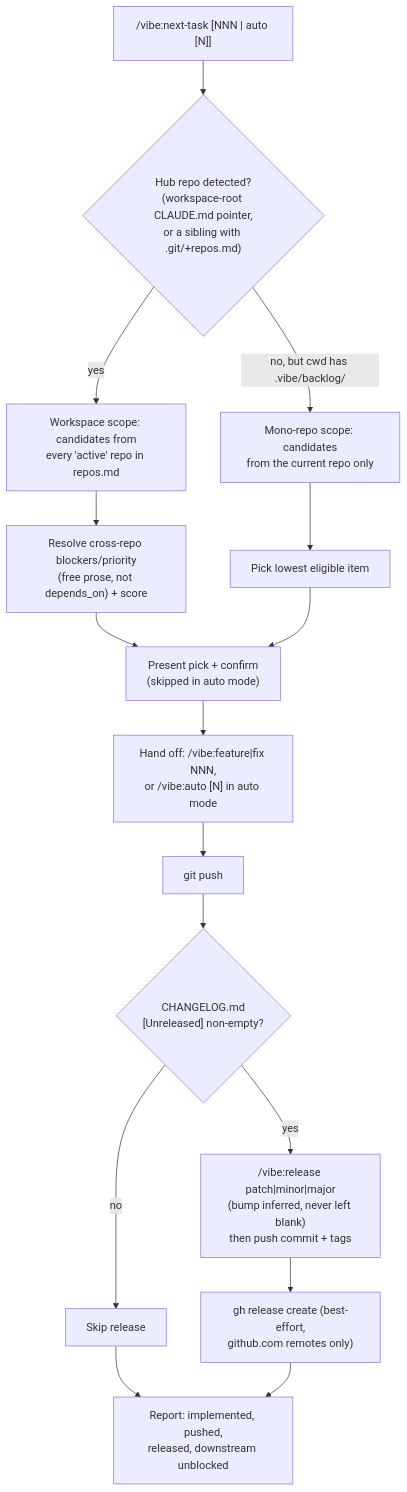
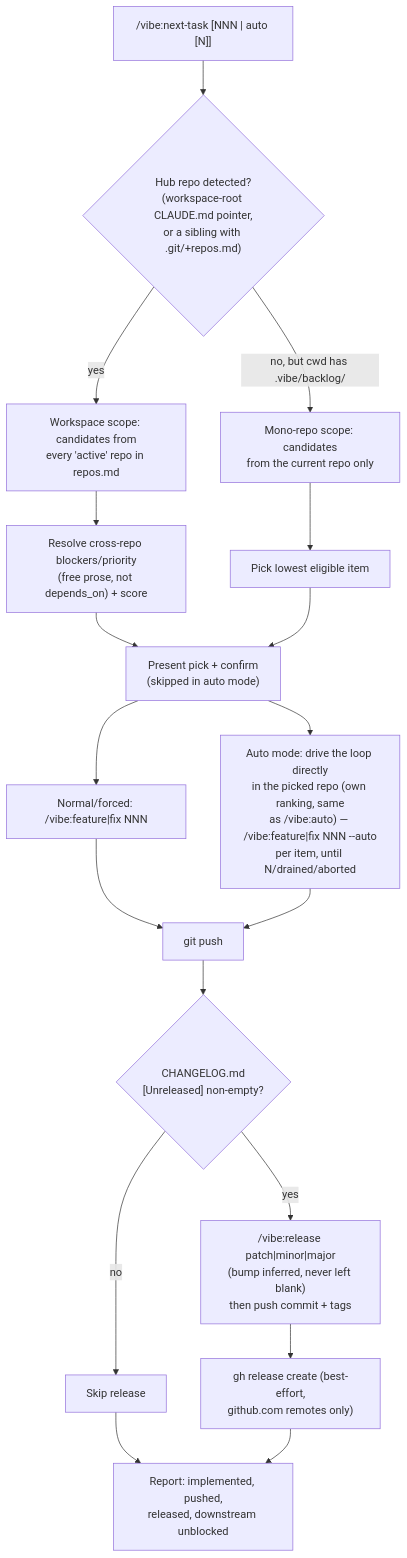
The sixth of 6 diagrams in docs/workflows.md (neolao/claude-plugin-vibe), drawn with Mermaid before and after one commit. The commit also changed other lines of this file and 3 other files, not shown here.

````diff
--- a/docs/workflows.md
+++ b/docs/workflows.md
@@ -114,18 +116,20 @@
 ```mermaid
 flowchart TD
     A["/vibe:next-task [NNN | auto [N]]"] --> B{"Hub repo detected?<br/>(workspace-root CLAUDE.md pointer,<br/>or a sibling with .git/+repos.md)"}
     B -- yes --> C["Workspace scope: candidates from<br/>every 'active' repo in repos.md"]
     B -- "no, but cwd has .vibe/backlog/" --> D["Mono-repo scope: candidates<br/>from the current repo only"]
     C --> E["Resolve cross-repo blockers/priority<br/>(free prose, not depends_on) + score"]
     D --> F["Pick lowest eligible item"]
     E --> G["Present pick + confirm<br/>(skipped in auto mode)"]
     F --> G
-    G --> H["Hand off: /vibe:feature|fix NNN,<br/>or /vibe:auto [N] in auto mode"]
-    H --> I["git push"]
+    G --> H1["Normal/forced: /vibe:feature|fix NNN"]
+    G --> H2["Auto mode: drive the loop directly<br/>in the picked repo (own ranking, same<br/>as /vibe:auto) — /vibe:feature|fix NNN --auto<br/>per item, until N/drained/aborted"]
+    H1 --> I["git push"]
+    H2 --> I
     I --> J{"CHANGELOG.md<br/>[Unreleased] non-empty?"}
     J -- yes --> K["/vibe:release patch|minor|major<br/>(bump inferred, never left blank)<br/>then push commit + tags"]
     J -- no --> L["Skip release"]
     K --> M["gh release create (best-effort,<br/>github.com remotes only)"]
     L --> N["Report: implemented, pushed,<br/>released, downstream unblocked"]
     M --> N
 ```
````
